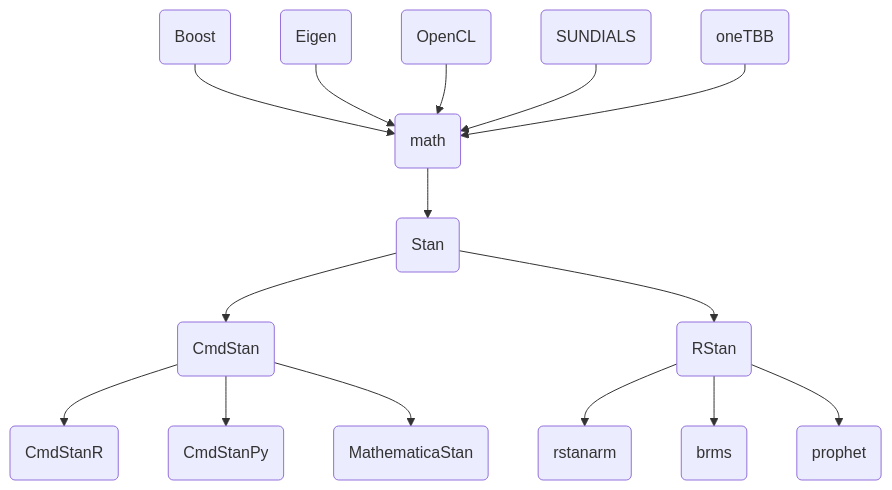
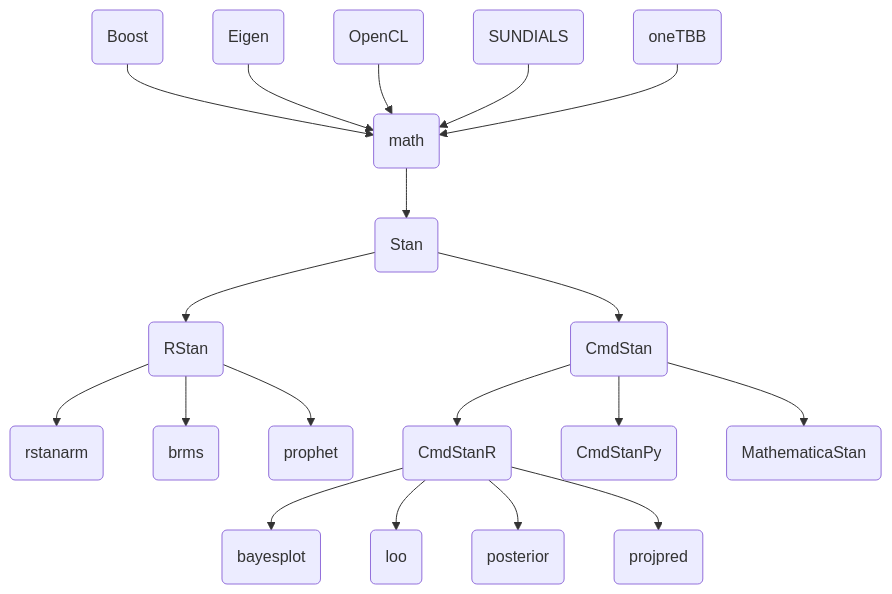
The diagram in probabilistic-reasoning-framework.qmd (XiangyunHuang/data-analysis-in-action), drawn with Mermaid before and after one commit. The commit also changed other lines of this file and 8 other files, not shown here.

````diff
--- a/probabilistic-reasoning-framework.qmd
+++ b/probabilistic-reasoning-framework.qmd
@@ -20,21 +29,25 @@
 ```{mermaid}
 %%| label: fig-stan-api
 %%| fig-width: 6.5
 %%| fig-cap: Stan、CmdStan 和 CmdStanR 等的依赖关系图
 
 flowchart TB
   Boost(Boost) --> math(math)
   Eigen(Eigen) --> math(math)
   OpenCL(OpenCL) --> math(math)
   SUNDIALS(SUNDIALS) --> math(math)
   oneTBB(oneTBB) --> math(math)
   math(math) --> Stan(Stan)
   Stan(Stan) --> CmdStan(CmdStan)
   Stan(Stan) --> RStan(RStan)
   RStan --> rstanarm(rstanarm)
   RStan --> brms(brms)
   RStan --> prophet(prophet)
   CmdStan --> CmdStanR(CmdStanR)
   CmdStan --> CmdStanPy(CmdStanPy)
   CmdStan --> MathematicaStan(MathematicaStan)
+  CmdStanR --> bayesplot(bayesplot)
+  CmdStanR --> loo(loo)
+  CmdStanR --> posterior(posterior)
+  CmdStanR --> projpred(projpred)
 ```
````
